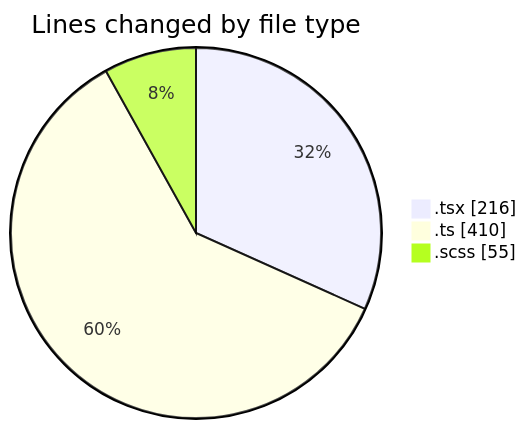
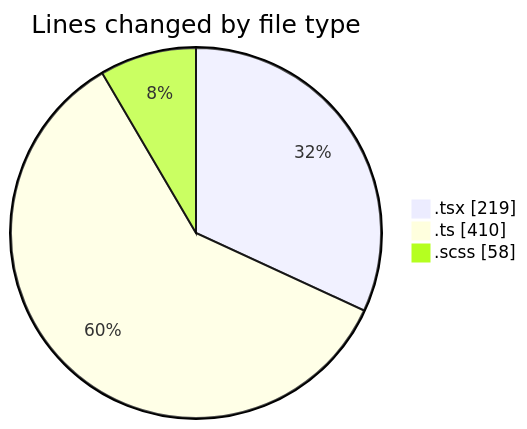
The first of 2 diagrams in 2026-03-26/cda/README.md (momahboobian/code-tracking), drawn with Mermaid before and after one commit. The commit also changed other lines of this file and 1 other file, not shown here.

````diff
--- a/2026-03-26/cda/README.md
+++ b/2026-03-26/cda/README.md
@@ -23,7 +23,7 @@
 ```mermaid
 pie showData
 title Lines changed by file type
-".tsx" : 216
+".tsx" : 219
 ".ts" : 410
-".scss" : 55
+".scss" : 58
 ```
````
